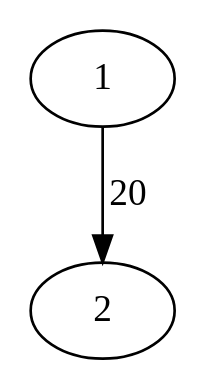
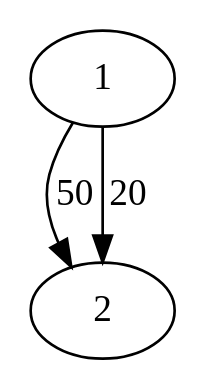
The diagram in docs/double_edge.dot (pedrovanzella/grafo-cpmf), drawn with Graphviz before and after one commit. The commit also changed 6 other files, not shown here.

```diff
--- a/docs/double_edge.dot
+++ b/docs/double_edge.dot
@@ -1,4 +1,4 @@
-strict digraph {
+digraph {
   1 -> 2   [label=50];
   1 -> 2   [label=20];
 }
```
